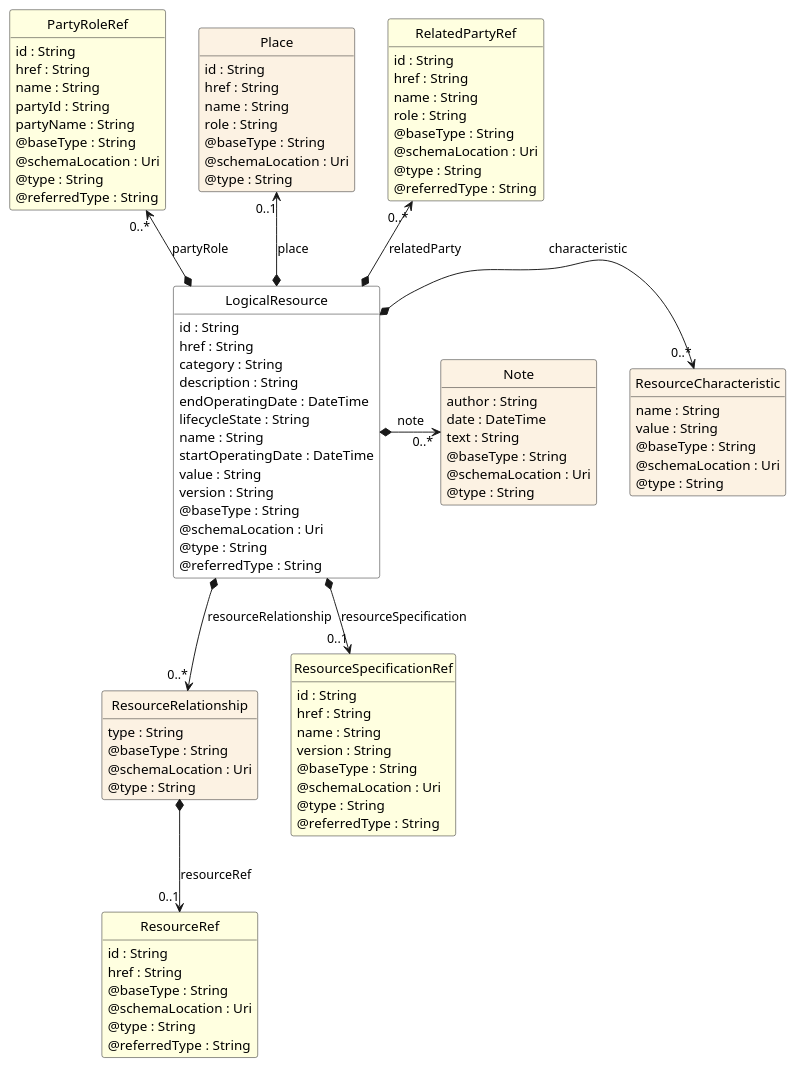
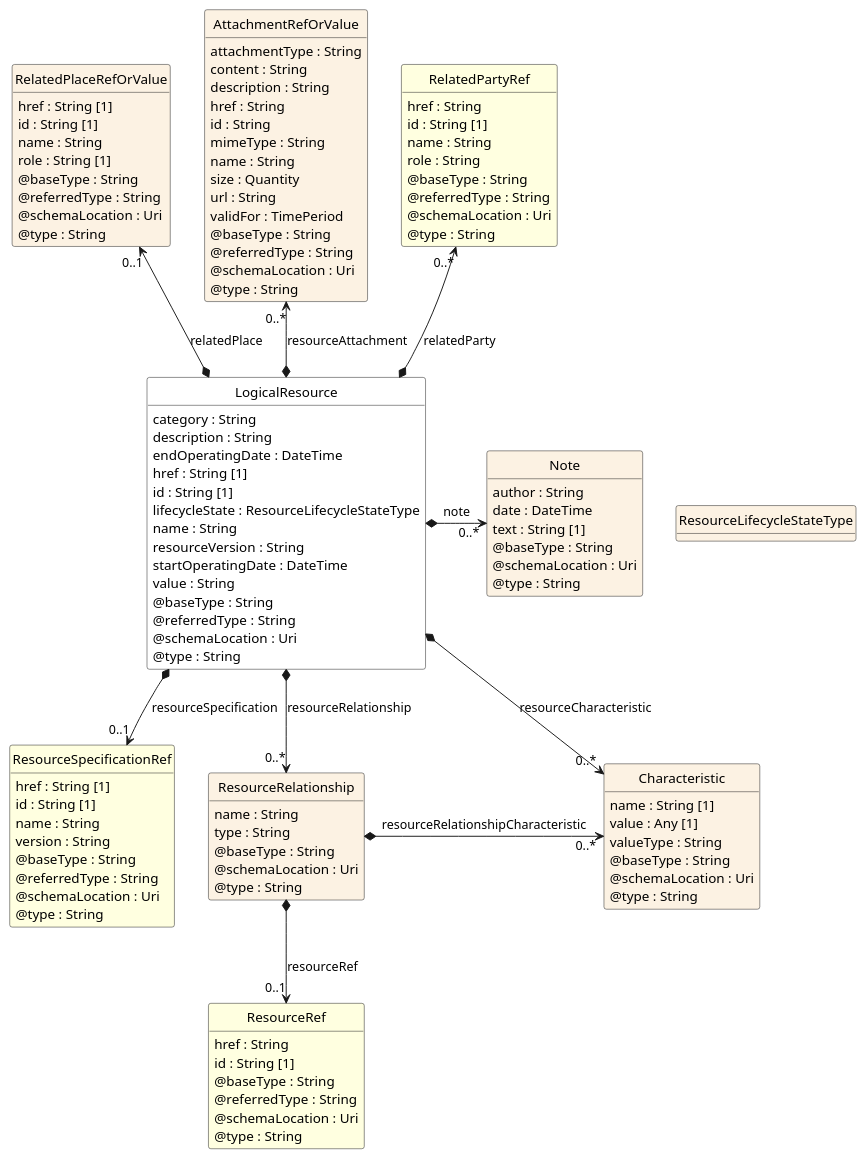
One commit to thobraun11/TMF639_Resource_Inventory changed the diagram in documentation/diagrams/Resource_LogicalResource.puml. Above: the diagram before and after it, drawn with PlantUML. The commit also changed 30 other files, not shown here.

```diff
--- a/documentation/diagrams/Resource_LogicalResource.puml
+++ b/documentation/diagrams/Resource_LogicalResource.puml
@@ -1,143 +1,137 @@
 @startuml
 hide circle
 hide methods
 hide stereotype
 show <<Enumeration>> stereotype
 skinparam class {
    BackgroundColor<<Enumeration>> #E6F5F7
    BackgroundColor<<Ref>> #FFFFE0
    BackgroundColor<<Pivot>> #FFFFFFF
    BackgroundColor #FCF2E3
 }
 
-class LogicalResource <<Pivot>> {
-    id : String
-    href : String
+class LogicalResource  <<Pivot>> {
     category : String
     description : String
     endOperatingDate : DateTime
-    lifecycleState : String
+    href : String [1]
+    id : String [1]
+    lifecycleState : ResourceLifecycleStateType
     name : String
+    resourceVersion : String
     startOperatingDate : DateTime
     value : String
-    version : String
     @baseType : String
+    @referredType : String
     @schemaLocation : Uri
     @type : String
-    @referredType : String
 }
 
-class ResourceCharacteristic {
+class RelatedPlaceRefOrValue  {
+    href : String [1]
+    id : String [1]
     name : String
-    value : String
+    role : String [1]
+    @baseType : String
+    @referredType : String
+    @schemaLocation : Uri
+    @type : String
+}
+
+class AttachmentRefOrValue  {
+    attachmentType : String
+    content : String
+    description : String
+    href : String
+    id : String
+    mimeType : String
+    name : String
+    size : Quantity
+    url : String
+    validFor : TimePeriod
+    @baseType : String
+    @referredType : String
+    @schemaLocation : Uri
+    @type : String
+}
+
+class Note  {
+    author : String
+    date : DateTime
+    text : String [1]
     @baseType : String
     @schemaLocation : Uri
     @type : String
 }
 
-class Note {
-    author : String
-    date : DateTime
-    text : String
+class ResourceSpecificationRef  <<Ref>> {
+    href : String [1]
+    id : String [1]
+    name : String
+    version : String
+    @baseType : String
+    @referredType : String
+    @schemaLocation : Uri
+    @type : String
+}
+
+class Characteristic  {
+    name : String [1]
+    value : Any [1]
+    valueType : String
     @baseType : String
     @schemaLocation : Uri
     @type : String
 }
 
-class PartyRoleRef <<Ref>> {
-    id : String
+class RelatedPartyRef  <<Ref>> {
     href : String
-    name : String
-    partyId : String
-    partyName : String
-    @baseType : String
-    @schemaLocation : Uri
-    @type : String
-    @referredType : String
-}
-
-class Place {
-    id : String
-    href : String
+    id : String [1]
     name : String
     role : String
     @baseType : String
+    @referredType : String
     @schemaLocation : Uri
     @type : String
 }
 
-class RelatedPartyRef <<Ref>> {
-    id : String
-    href : String
+class ResourceRelationship  {
     name : String
-    role : String
-    @baseType : String
-    @schemaLocation : Uri
-    @type : String
-    @referredType : String
-}
-
-class ResourceRelationship {
     type : String
     @baseType : String
     @schemaLocation : Uri
     @type : String
 }
 
-class ResourceRef <<Ref>> {
-    id : String
+class ResourceRef  <<Ref>> {
     href : String
+    id : String [1]
     @baseType : String
+    @referredType : String
     @schemaLocation : Uri
     @type : String
-    @referredType : String
 }
 
-class ResourceSpecificationRef <<Ref>> {
-    id : String
-    href : String
-    name : String
-    version : String
-    @baseType : String
-    @schemaLocation : Uri
-    @type : String
-    @referredType : String
-}
+LogicalResource -right[hidden]-> ResourceLifecycleStateType
 
+LogicalResource *-->  "0..*" Characteristic : resourceCharacteristic
 
-'processing edges for LogicalResource
-ResourceCharacteristic "0..*" <-left-* LogicalResource : characteristic
-' rule: L01
-LogicalResource *-right-> "0..*" Note : note
-' rule: R03
-PartyRoleRef "0..*" <--* LogicalResource : partyRole
-' rule: General above rule - direction: right
-Place "0..1" <--* LogicalResource : place
-' rule: General above rule - direction: right
+LogicalResource *-->  "0..*" ResourceRelationship : resourceRelationship
+
+ResourceRelationship *-right-> "0..*" Characteristic : resourceRelationshipCharacteristic
+
+Note "0..*" <-left-* LogicalResource : note
+
 RelatedPartyRef "0..*" <--* LogicalResource : relatedParty
-' rule: General above rule - direction: right
-LogicalResource *-->  "0..*" ResourceRelationship : resourceRelationship
-' rule: General below rule - either none already or unable to place left / right of currently placed
+
+RelatedPlaceRefOrValue "0..1" <--* LogicalResource : relatedPlace
+
+AttachmentRefOrValue "0..*" <--* LogicalResource : resourceAttachment
+
 LogicalResource *-->  "0..1" ResourceSpecificationRef : resourceSpecification
-' rule: General below rule - either none already or unable to place left / right of currently placed
-'completed processing of edges for LogicalResource
 
-'processing edges for ResourceCharacteristic
+Characteristic <-left[hidden]- ResourceSpecificationRef
 
-'processing edges for Note
+ResourceRelationship *-->  "0..1" ResourceRef : resourceRef
 
-'processing edges for PartyRoleRef
-
-'processing edges for Place
-
-'processing edges for RelatedPartyRef
-
-'processing edges for ResourceRelationship
-ResourceRelationship *-->  "0..1" ResourceRef : resourceRef
-' rule: General below rule - either none already or unable to place left / right of currently placed
-'completed processing of edges for ResourceRelationship
-
-'processing edges for ResourceRef
-
-'processing edges for ResourceSpecificationRef
 @enduml
```
